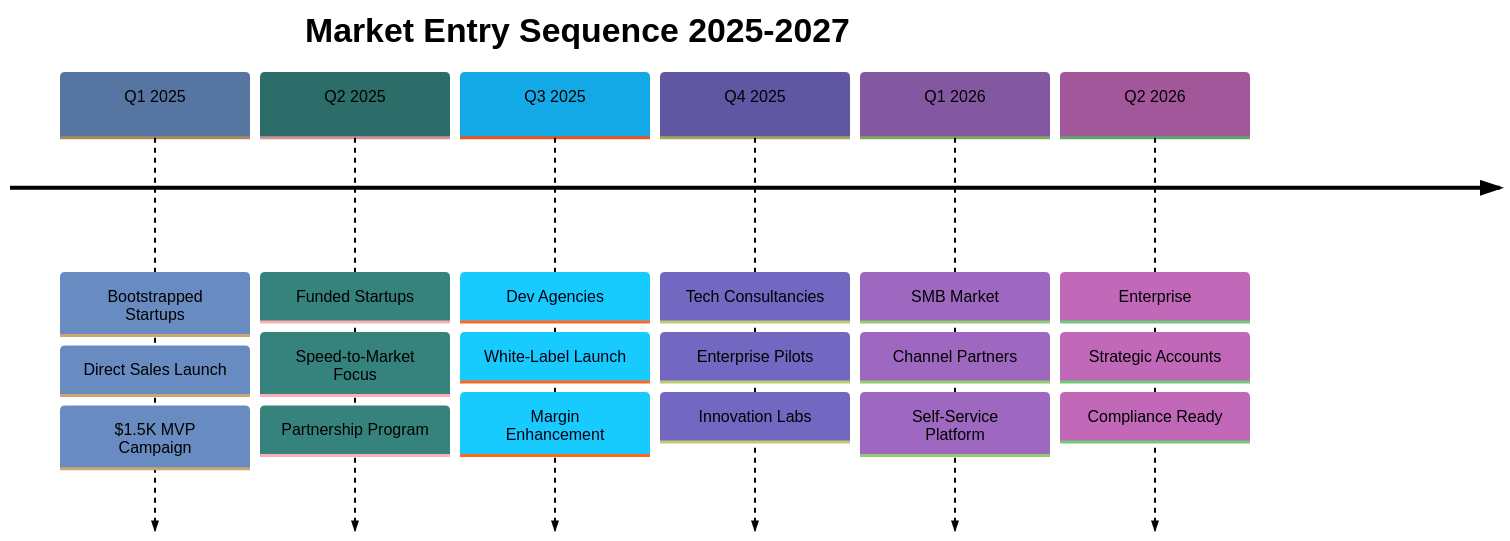
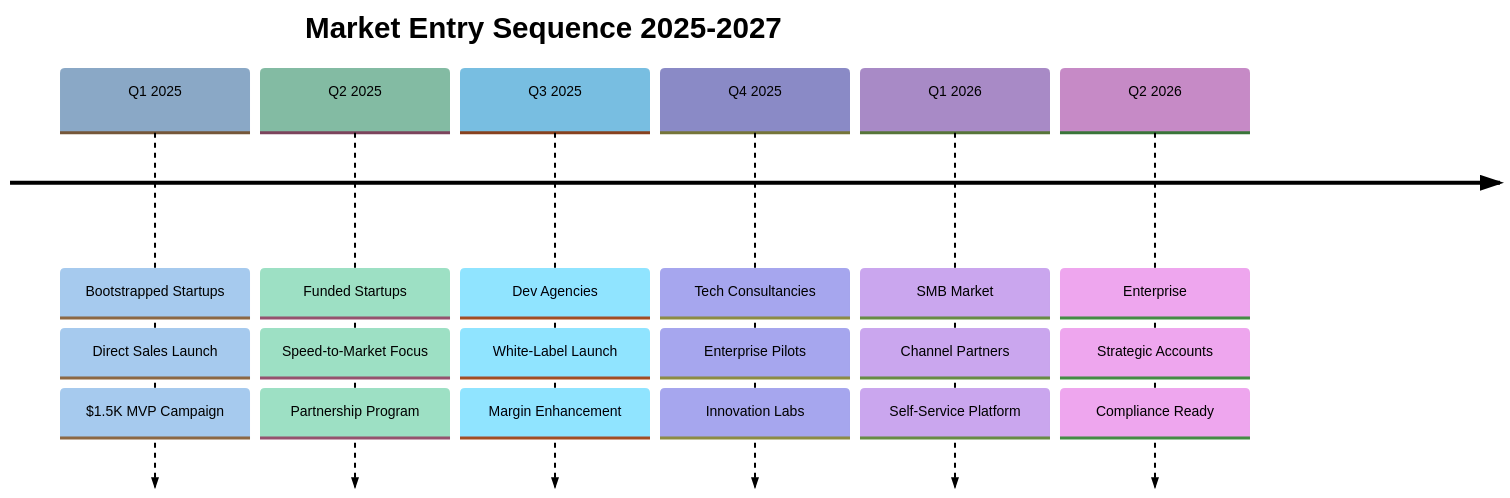
The first of 18 diagrams in business-documents/competitive-positioning/06-go-to-market-positioning.md (o2alexanderfedin/AI-Hive-Business-Docs), drawn with Mermaid before and after one commit. The commit also changed other lines of this file, not shown here.

First line of the commit message:
Update go-to-market positioning diagrams to lighter color scheme

````diff
--- a/business-documents/competitive-positioning/06-go-to-market-positioning.md
+++ b/business-documents/competitive-positioning/06-go-to-market-positioning.md
@@ -23,44 +23,50 @@
 ```mermaid
 %%{init: {
   'theme': 'base',
   'themeVariables': {
-    'primaryColor': '#A8B8D0',
+    'primaryColor': '#E0E8F0',
     'primaryTextColor': '#000000',
-    'primaryBorderColor': '#8A9AB2',
-    'lineColor': '#8A9AB2',
-    'secondaryColor': '#5DBCB6',
+    'primaryBorderColor': '#B0C5D8',
+    'lineColor': '#B0C5D8',
+    'secondaryColor': '#D5E8E0',
     'secondaryTextColor': '#000000',
-    'secondaryBorderColor': '#3D9A94',
-    'tertiaryColor': '#84D4F5',
+    'secondaryBorderColor': '#A0C5B8',
+    'tertiaryColor': '#E0F0F8',
     'tertiaryTextColor': '#000000',
-    'tertiaryBorderColor': '#5ABCD8',
-    'background': '#F5F5F5'
+    'tertiaryBorderColor': '#B0D5E8',
+    'background': '#FFFFFF',
+    'mainBkg': '#F8F8F8',
+    'secondBkg': '#F0F0F0',
+    'darkMode': false,
+    'fontFamily': 'Arial, sans-serif',
+    'fontSize': '14px',
+    'textColor': '#000000'
   }
 }}%%
 timeline
     title Market Entry Sequence 2025-2027
 
     Q1 2025 : Bootstrapped Startups
             : Direct Sales Launch
             : $1.5K MVP Campaign
 
     Q2 2025 : Funded Startups
             : Speed-to-Market Focus
             : Partnership Program
 
     Q3 2025 : Dev Agencies
             : White-Label Launch
             : Margin Enhancement
 
     Q4 2025 : Tech Consultancies
             : Enterprise Pilots
             : Innovation Labs
 
     Q1 2026 : SMB Market
             : Channel Partners
             : Self-Service Platform
 
     Q2 2026 : Enterprise
             : Strategic Accounts
             : Compliance Ready
 ```
````
